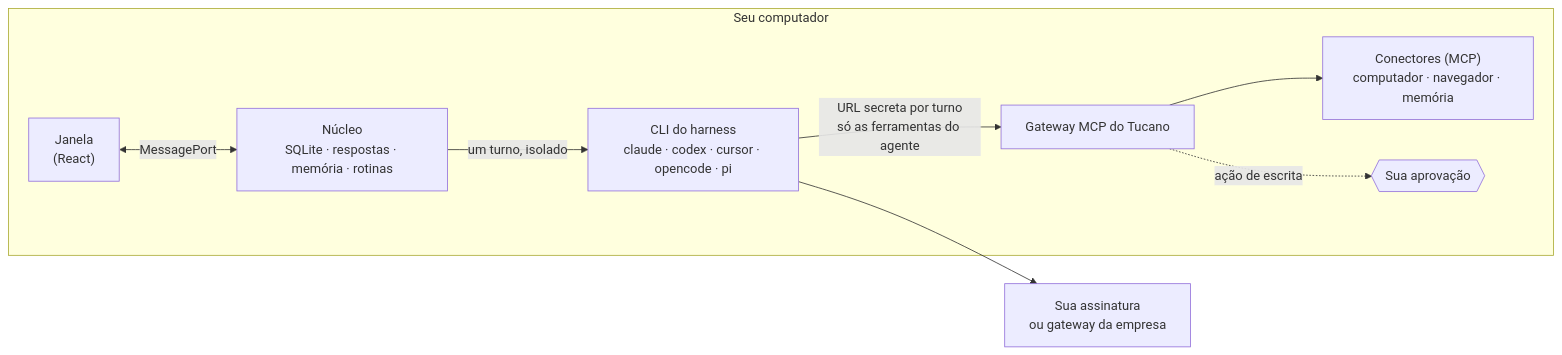
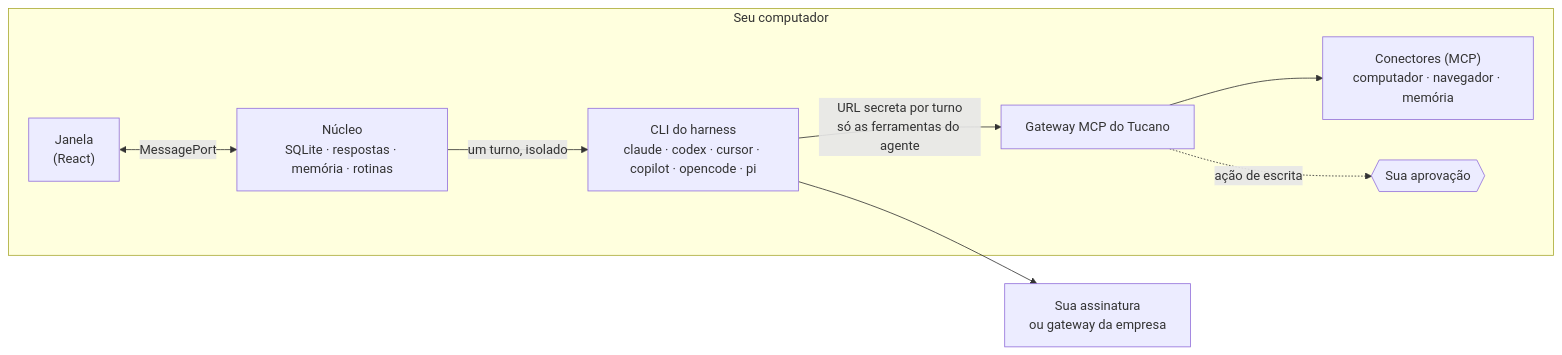
The diagram in README.pt-BR.md (eduwxyz/tucano), drawn with Mermaid before and after one commit. The commit also changed other lines of this file and 35 other files, not shown here.

````diff
--- a/README.pt-BR.md
+++ b/README.pt-BR.md
@@ -160,11 +161,11 @@
 ```mermaid
 flowchart LR
   subgraph Mac["Seu computador"]
     UI["Janela<br/>(React)"] <-->|MessagePort| Core["Núcleo<br/>SQLite · respostas · memória · rotinas"]
-    Core -->|"um turno, isolado"| CLI["CLI do harness<br/>claude · codex · cursor · opencode · pi"]
+    Core -->|"um turno, isolado"| CLI["CLI do harness<br/>claude · codex · cursor · copilot · opencode · pi"]
     CLI -->|"URL secreta por turno<br/>só as ferramentas do agente"| GW["Gateway MCP do Tucano"]
     GW --> Tools["Conectores (MCP)<br/>computador · navegador · memória"]
     GW -.->|"ação de escrita"| OK{{"Sua aprovação"}}
   end
   CLI --> Model["Sua assinatura<br/>ou gateway da empresa"]
 ```
````
